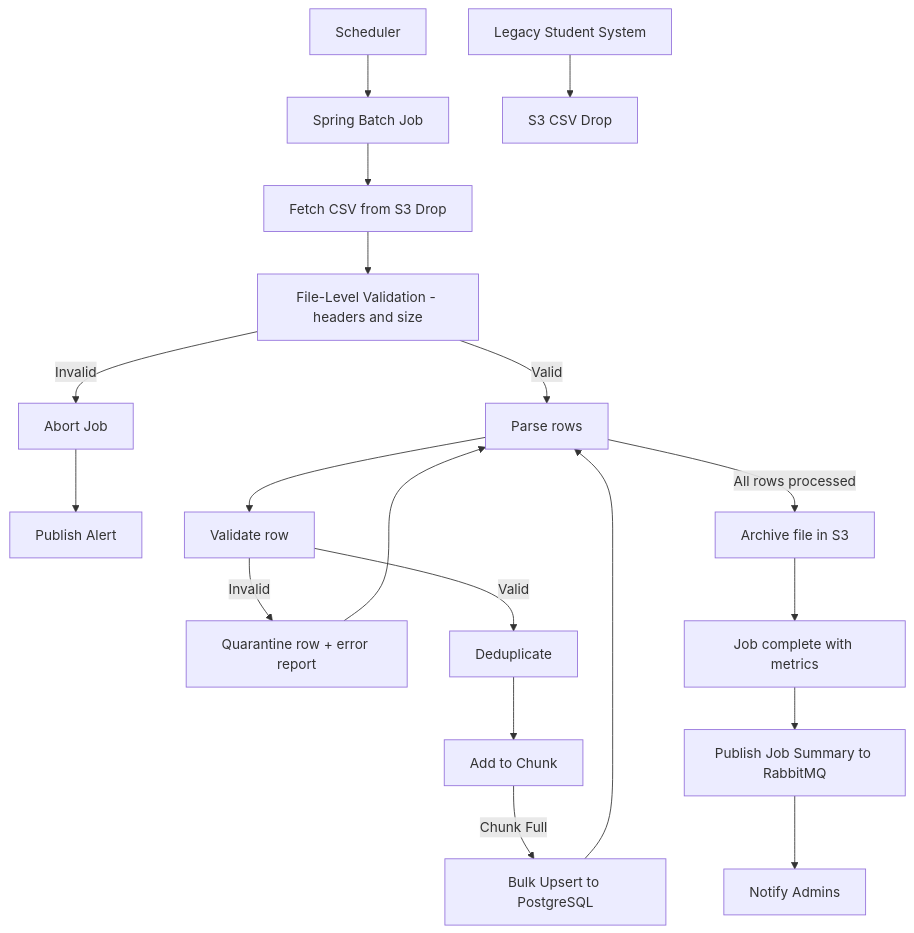
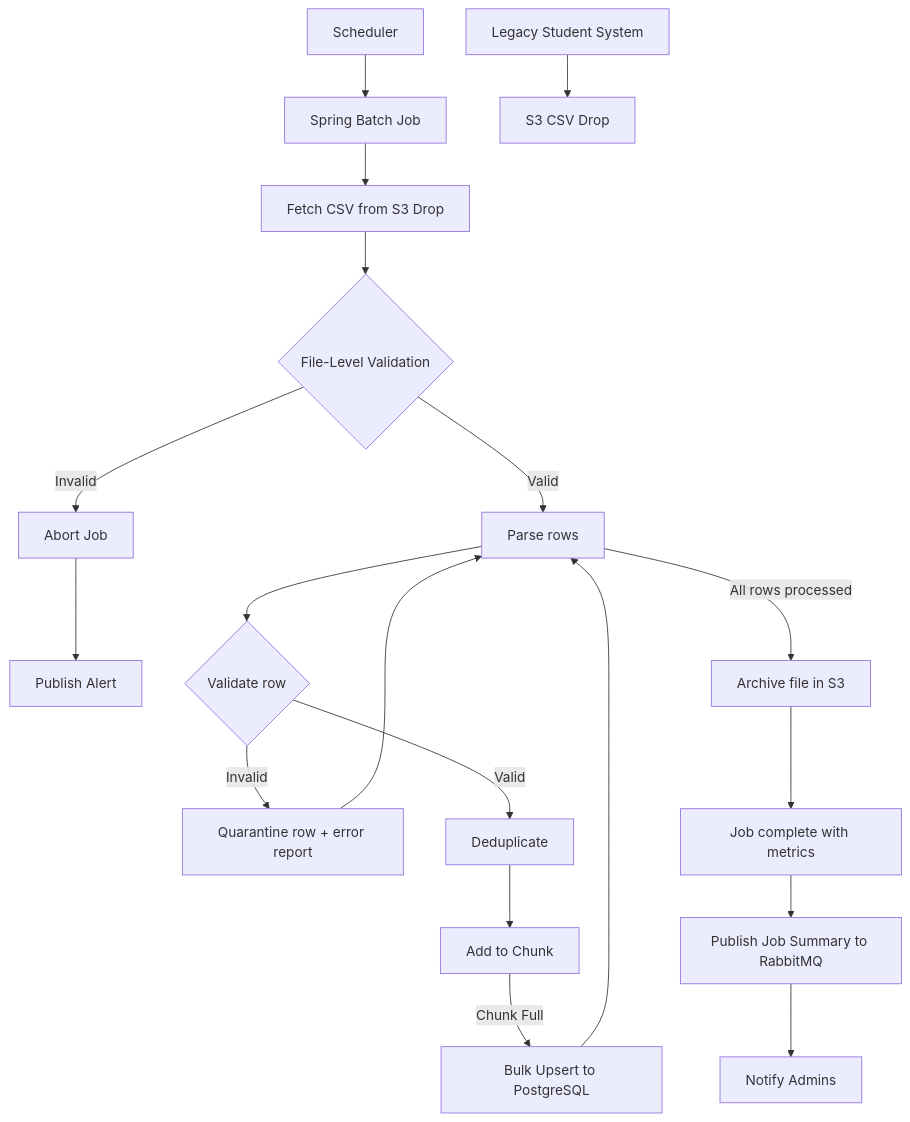
One commit to phatnguyen975/unihub-workshop changed the fourth of 10 diagrams in blueprint/design.md. Above: the diagram before and after it, drawn with Mermaid. The commit also changed other lines of this file, not shown here.

Commit message:
docs: add third-party service resilience flow

````diff
--- a/blueprint/design.md
+++ b/blueprint/design.md
@@ -268,23 +268,23 @@
 ```mermaid
 flowchart TD
   Scheduler[Scheduler] --> Job[Spring Batch Job]
   Legacy[Legacy Student System] --> S3[S3 CSV Drop]
   Job --> Fetch[Fetch CSV from S3 Drop]
-  Fetch --> FileValidate[File-Level Validation - headers and size]
+  Fetch --> FileValidate{File-Level Validation}
   FileValidate -->|Invalid| Abort[Abort Job]
   Abort --> Alert[Publish Alert]
   FileValidate -->|Valid| Parse[Parse rows]
 
-  Parse --> RowValidate[Validate row]
+  Parse --> RowValidate{Validate row}
   RowValidate -->|Invalid| Quarantine[Quarantine row + error report]
   Quarantine --> Parse
   RowValidate -->|Valid| Dedup[Deduplicate]
   Dedup --> Chunk[Add to Chunk]
   Chunk -->|Chunk Full| BulkUpsert[Bulk Upsert to PostgreSQL]
   BulkUpsert --> Parse
 
   Parse -->|All rows processed| Archive[Archive file in S3]
   Archive --> Complete[Job complete with metrics]
   Complete --> Publish[Publish Job Summary to RabbitMQ]
   Publish --> Notify[Notify Admins]
 ```
````
